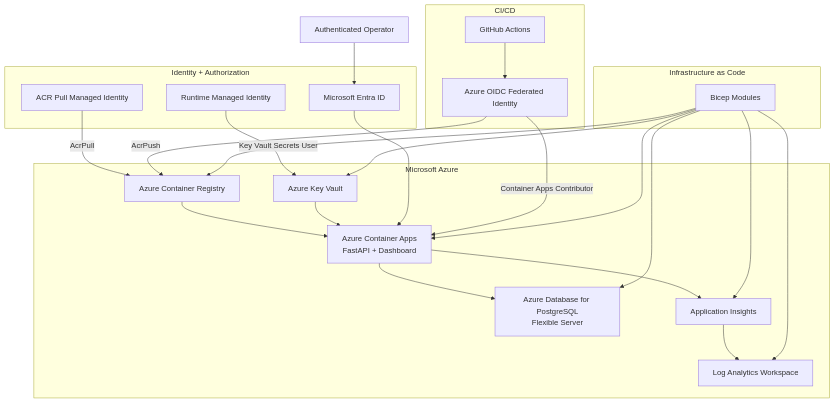
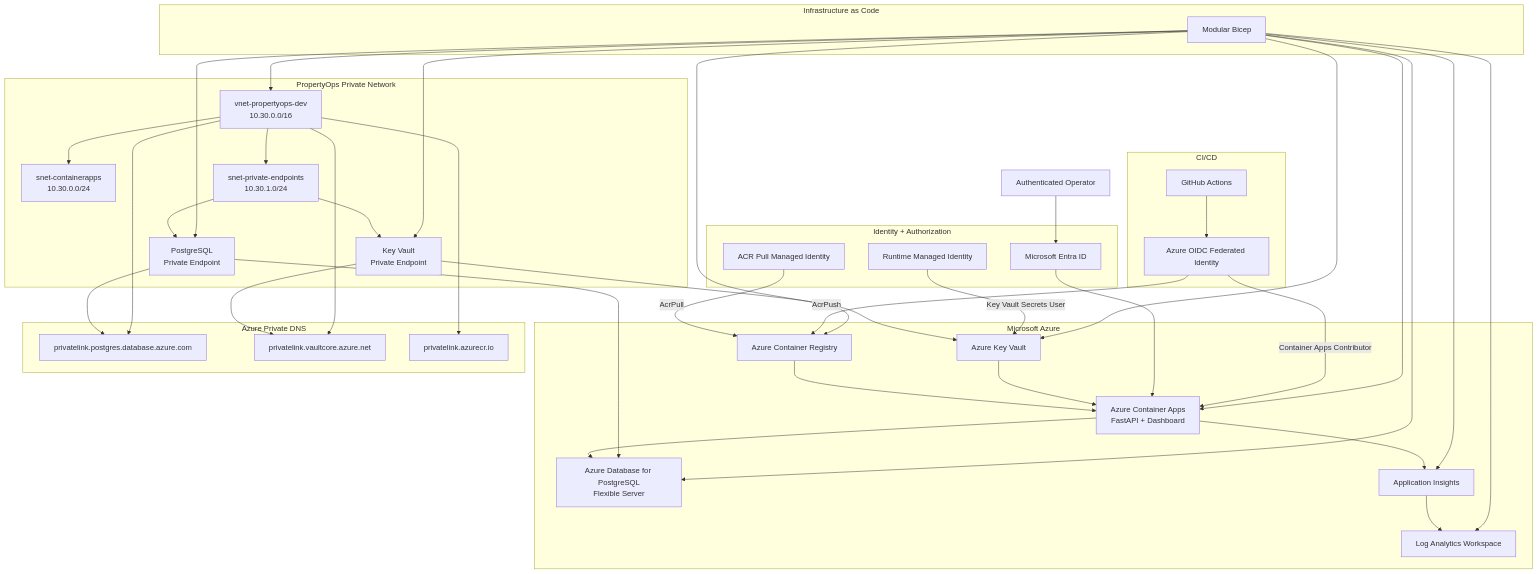
One commit to AZ1600/AI-property-operations changed the diagram in README.md. Above: the diagram before and after it, drawn with Mermaid. The commit also changed other lines of this file and 7 other files, not shown here.

Commit message:
feat: add PropertyOps private networking foundation

````diff
--- a/README.md
+++ b/README.md
@@ -107,51 +98,82 @@
 ```mermaid
 flowchart TB
     USER["Authenticated Operator"]
 
     subgraph Azure["Microsoft Azure"]
         ACA["Azure Container Apps<br/>FastAPI + Dashboard"]
         ACR["Azure Container Registry"]
         PG["Azure Database for PostgreSQL<br/>Flexible Server"]
         KV["Azure Key Vault"]
         AI["Application Insights"]
         LAW["Log Analytics Workspace"]
 
         ACR --> ACA
         ACA --> PG
         KV --> ACA
         ACA --> AI
         AI --> LAW
     end
+
+    subgraph Network["PropertyOps Private Network"]
+        VNET["vnet-propertyops-dev<br/>10.30.0.0/16"]
+        ACA_SUBNET["snet-containerapps<br/>10.30.0.0/24"]
+        PE_SUBNET["snet-private-endpoints<br/>10.30.1.0/24"]
+
+        PGPE["PostgreSQL<br/>Private Endpoint"]
+        KVPE["Key Vault<br/>Private Endpoint"]
+
+        VNET --> ACA_SUBNET
+        VNET --> PE_SUBNET
+        PE_SUBNET --> PGPE
+        PE_SUBNET --> KVPE
+        PGPE --> PG
+        KVPE --> KV
+    end
+
+    subgraph DNS["Azure Private DNS"]
+        PGDNS["privatelink.postgres.database.azure.com"]
+        KVDNS["privatelink.vaultcore.azure.net"]
+        ACRDNS["privatelink.azurecr.io"]
+    end
+
+    PGPE --> PGDNS
+    KVPE --> KVDNS
+    VNET --> PGDNS
+    VNET --> KVDNS
+    VNET --> ACRDNS
 
     subgraph Identity["Identity + Authorization"]
         ENTRA["Microsoft Entra ID"]
         RUNTIME["Runtime Managed Identity"]
         ACRID["ACR Pull Managed Identity"]
     end
 
     USER --> ENTRA
     ENTRA --> ACA
 
     ACRID -->|"AcrPull"| ACR
     RUNTIME -->|"Key Vault Secrets User"| KV
 
     subgraph Delivery["CI/CD"]
         GH["GitHub Actions"]
         OIDC["Azure OIDC Federated Identity"]
     end
 
     GH --> OIDC
     OIDC -->|"AcrPush"| ACR
     OIDC -->|"Container Apps Contributor"| ACA
 
     subgraph IaC["Infrastructure as Code"]
-        BICEP["Bicep Modules"]
+        BICEP["Modular Bicep"]
     end
 
+    BICEP --> VNET
+    BICEP --> PGPE
+    BICEP --> KVPE
     BICEP --> ACR
     BICEP --> KV
     BICEP --> PG
     BICEP --> ACA
     BICEP --> AI
     BICEP --> LAW
 ```
````
